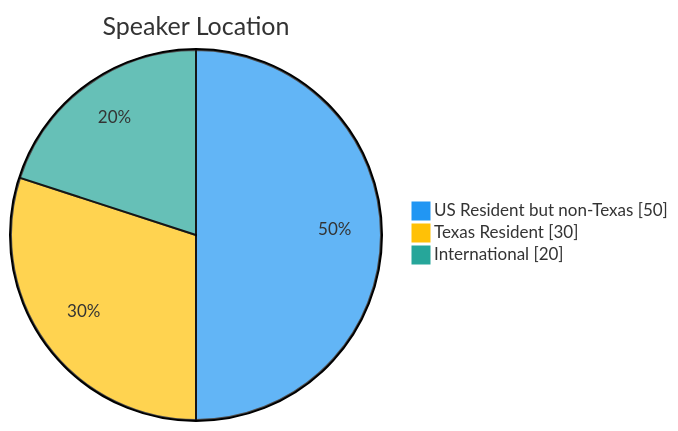
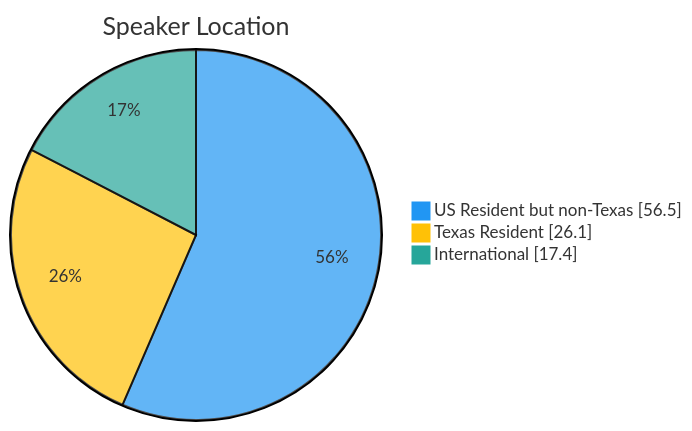
One commit to pytexas/pytexas.github.io changed the eighth of 8 diagrams in docs/blog/posts/2026-conference-recap.md. Above: the diagram before and after it, drawn with Mermaid. The commit also changed other lines of this file, not shown here.

````diff
--- a/docs/blog/posts/2026-conference-recap.md
+++ b/docs/blog/posts/2026-conference-recap.md
@@ -383,8 +396,8 @@
 ```mermaid
 %%{init: {'theme': 'base', 'themeVariables': { 'pie1': '#2196F3', 'pie2': '#FFC107', 'pie3': '#26A69A', 'pie4': '#FB8C00', 'pie5': '#5C6BC0', 'pie6': '#039BE5', 'pie7': '#FF7043'}}}%%
 pie showData
     title Speaker Location
-    "US Resident but non-Texas": 50
-    "Texas Resident": 30
-    "International": 20
+    "US Resident but non-Texas": 56.5
+    "Texas Resident": 26.1
+    "International": 17.4
 ```
````
